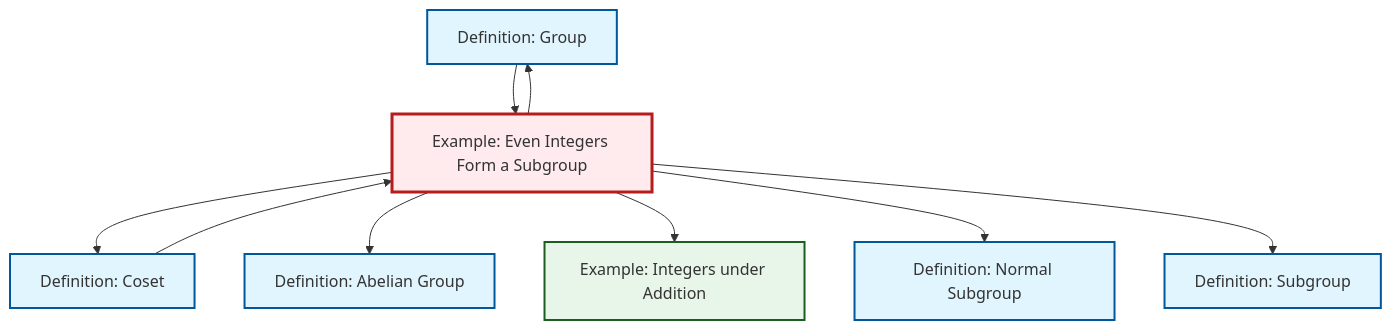
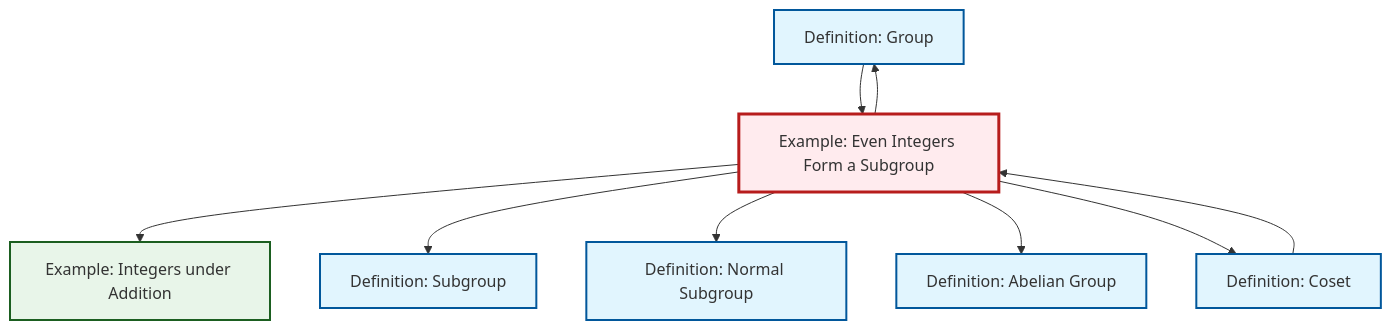
One commit to RK0429/ModernMath changed the diagram in content/en/algebra/ex-even-integers-subgroup.qmd. Above: the diagram before and after it, drawn with Mermaid. The commit also changed other lines of this file and 634 other files, not shown here.

````diff
--- a/content/en/algebra/ex-even-integers-subgroup.qmd
+++ b/content/en/algebra/ex-even-integers-subgroup.qmd
@@ -51,31 +51,31 @@
 ```{mermaid}
 %%| fig-cap: "Local dependency graph"
 graph TD
     classDef definition fill:#e1f5fe,stroke:#01579b,stroke-width:2px
     classDef theorem fill:#f3e5f5,stroke:#4a148c,stroke-width:2px
     classDef axiom fill:#fff3e0,stroke:#e65100,stroke-width:2px
     classDef example fill:#e8f5e9,stroke:#1b5e20,stroke-width:2px
     classDef current fill:#ffebee,stroke:#b71c1c,stroke-width:3px
+    def-group["Definition: Group"]:::definition
+    def-abelian-group["Definition: Abelian Group"]:::definition
+    def-subgroup["Definition: Subgroup"]:::definition
     def-normal-subgroup["Definition: Normal Subgroup"]:::definition
-    def-abelian-group["Definition: Abelian Group"]:::definition
+    ex-even-integers-subgroup["Example: Even Integers Form a Subgroup"]:::example
+    def-coset["Definition: Coset"]:::definition
     ex-integers-addition["Example: Integers under Addition"]:::example
-    def-group["Definition: Group"]:::definition
-    def-subgroup["Definition: Subgroup"]:::definition
-    def-coset["Definition: Coset"]:::definition
-    ex-even-integers-subgroup["Example: Even Integers Form a Subgroup"]:::example
+    ex-even-integers-subgroup --> ex-integers-addition
+    ex-even-integers-subgroup --> def-subgroup
     def-coset --> ex-even-integers-subgroup
+    ex-even-integers-subgroup --> def-normal-subgroup
     def-group --> ex-even-integers-subgroup
+    ex-even-integers-subgroup --> def-abelian-group
     ex-even-integers-subgroup --> def-coset
     ex-even-integers-subgroup --> def-group
-    ex-even-integers-subgroup --> def-abelian-group
-    ex-even-integers-subgroup --> ex-integers-addition
-    ex-even-integers-subgroup --> def-normal-subgroup
-    ex-even-integers-subgroup --> def-subgroup
     class ex-even-integers-subgroup current
+    click def-group "def-group.html" "Go to Group definition"
+    click def-abelian-group "def-abelian-group.html" "Go to Abelian Group definition"
+    click def-subgroup "def-subgroup.html" "Go to Subgroup definition"
     click def-normal-subgroup "def-normal-subgroup.html" "Go to Normal Subgroup definition"
-    click def-abelian-group "def-abelian-group.html" "Go to Abelian Group definition"
+    click def-coset "def-coset.html" "Go to Coset definition"
     click ex-integers-addition "ex-integers-addition.html" "Go to Integers under Addition example"
-    click def-group "def-group.html" "Go to Group definition"
-    click def-subgroup "def-subgroup.html" "Go to Subgroup definition"
-    click def-coset "def-coset.html" "Go to Coset definition"
 ```
````
